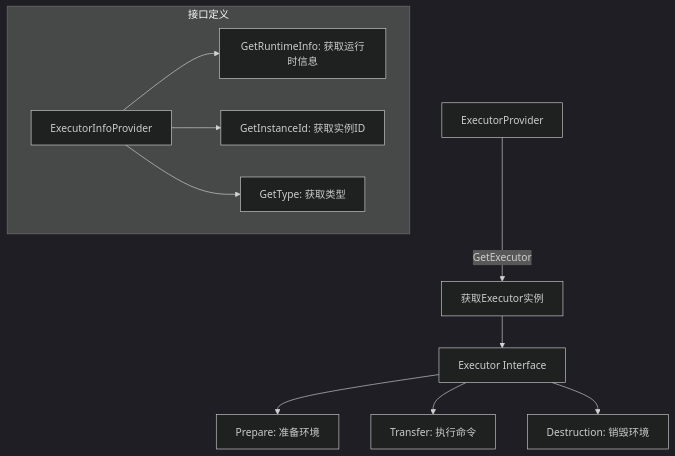
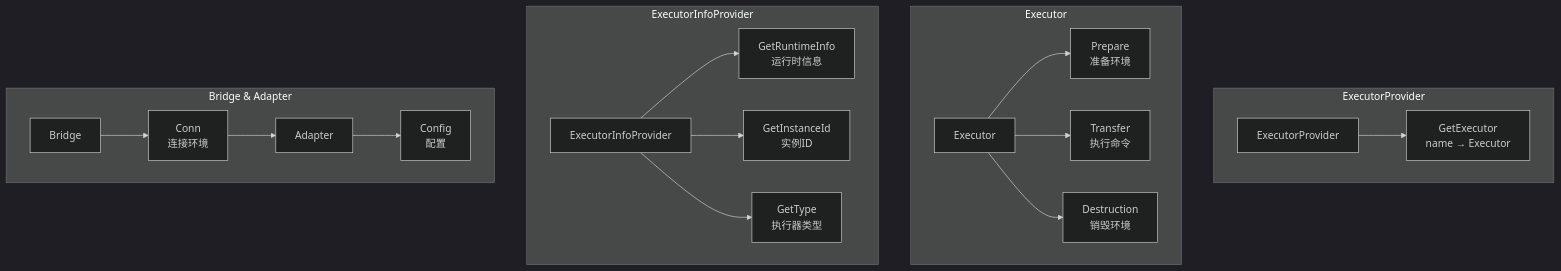
One commit to LerkoX/flowx changed the first of 13 diagrams in executor/FLOWS.md. Above: the diagram before and after it, drawn with Mermaid (dark theme). The commit also changed other lines of this file and 6 other files, not shown here.

First line of the commit message:
docs: enhance module flow diagrams with detailed implementation flows

````diff
--- a/executor/FLOWS.md
+++ b/executor/FLOWS.md
@@ -5,16 +5,24 @@
 ```mermaid
 flowchart TD
-    A[ExecutorProvider] -->|GetExecutor| B[获取Executor实例]
-    B --> C[Executor Interface]
+    subgraph ExecutorProvider
+    A[ExecutorProvider] --> B[GetExecutor<br/>name → Executor]
+    end
 
-    C --> D[Prepare: 准备环境]
-    C --> E[Transfer: 执行命令]
-    C --> F[Destruction: 销毁环境]
+    subgraph Executor
+    C[Executor] --> D[Prepare<br/>准备环境]
+    C --> E[Transfer<br/>执行命令]
+    C --> F[Destruction<br/>销毁环境]
+    end
 
-    subgraph 接口定义
-    G[ExecutorInfoProvider]
-    G --> H[GetRuntimeInfo: 获取运行时信息]
-    G --> I[GetInstanceId: 获取实例ID]
-    G --> J[GetType: 获取类型]
+    subgraph ExecutorInfoProvider
+    G[ExecutorInfoProvider] --> H[GetRuntimeInfo<br/>运行时信息]
+    G --> I[GetInstanceId<br/>实例ID]
+    G --> J[GetType<br/>执行器类型]
+    end
+
+    subgraph Bridge & Adapter
+    K[Bridge] --> L[Conn<br/>连接环境]
+    L --> M[Adapter]
+    M --> N[Config<br/>配置]
     end
 ```
````
